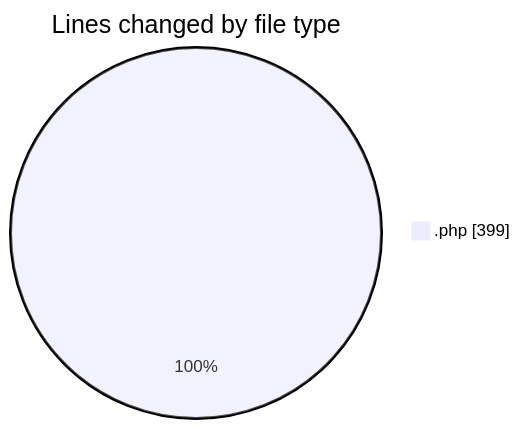
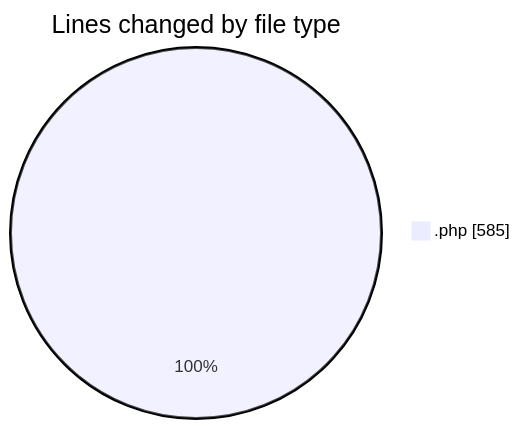
Before and after one commit to debugP/code-tracking: the first of 2 diagrams in 2026-07-09/wp-content/README.md, drawn with Mermaid. The commit also changed other lines of this file and 1 other file, not shown here.

````diff
--- a/2026-07-09/wp-content/README.md
+++ b/2026-07-09/wp-content/README.md
@@ -20,5 +21,5 @@
 ```mermaid
 pie showData
 title Lines changed by file type
-".php" : 399
+".php" : 585
 ```
````
